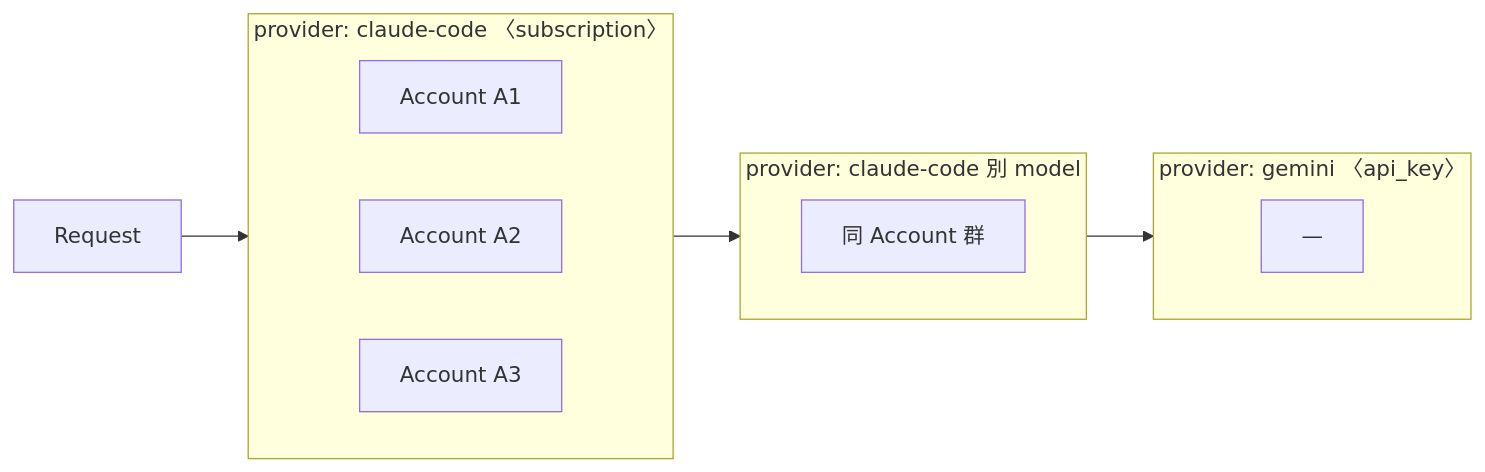
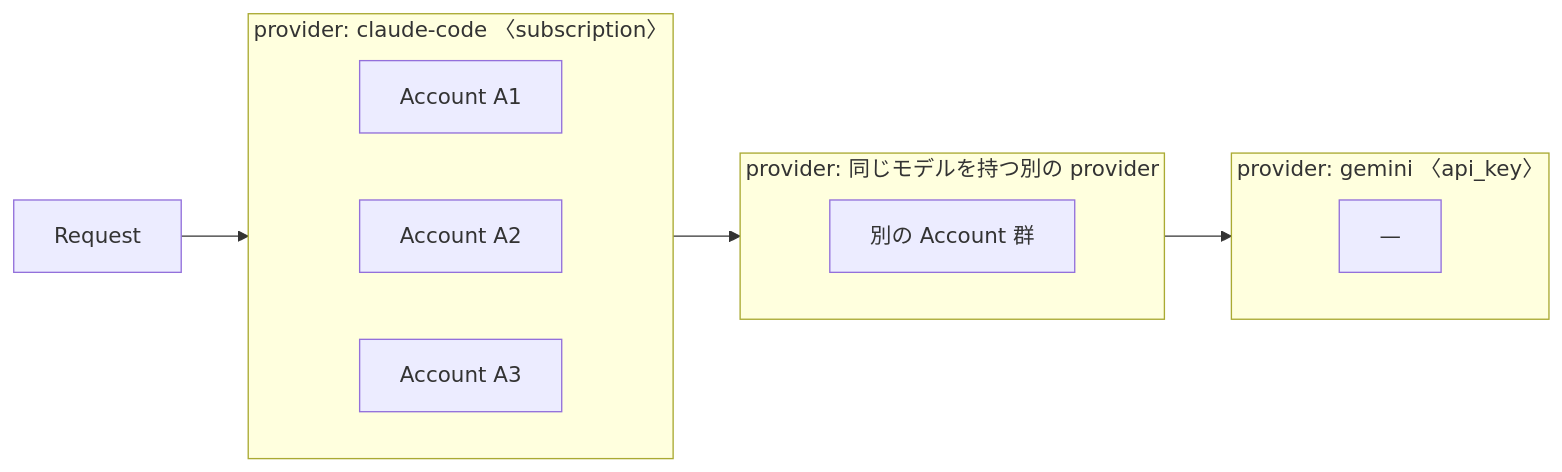
Before and after one commit to tkgstrator/rialto: the second of 12 diagrams in docs/architecture/pipeline-overview.md, drawn with Mermaid. The commit also changed other lines of this file and 14 other files, not shown here.

Commit message:
docs: update architecture and guides for the removal of routing

````diff
--- a/docs/architecture/pipeline-overview.md
+++ b/docs/architecture/pipeline-overview.md
@@ -109,23 +107,23 @@
 ```mermaid
 flowchart LR
   REQ[Request]
 
   subgraph P1[provider: claude-code 〈subscription〉]
     direction LR
     A1[Account A1]
     A2[Account A2]
     A3[Account A3]
   end
 
-  subgraph P2[provider: claude-code 別 model]
+  subgraph P2[provider: 同じモデルを持つ別の provider]
     direction LR
-    B1[同 Account 群]
+    B1[別の Account 群]
   end
 
   subgraph P3[provider: gemini 〈api_key〉]
     direction LR
     G1[—]
   end
 
   REQ --> P1 --> P2 --> P3
 ```
````
